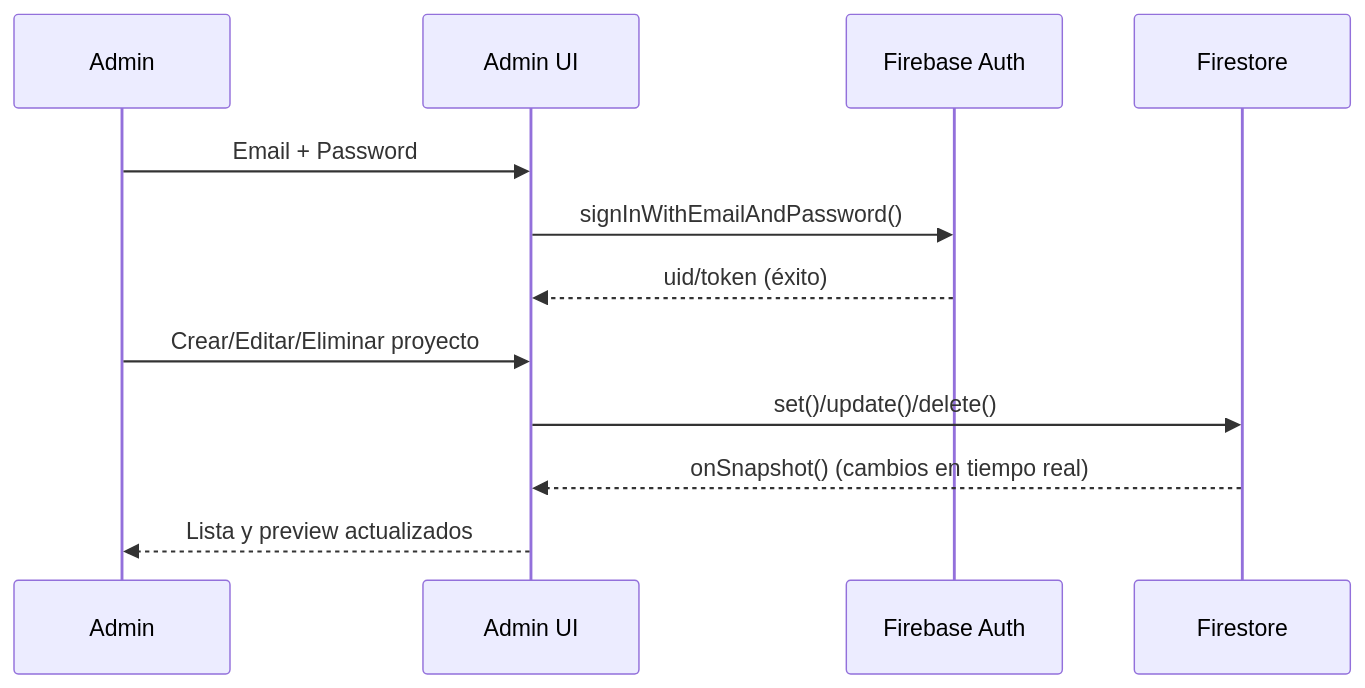
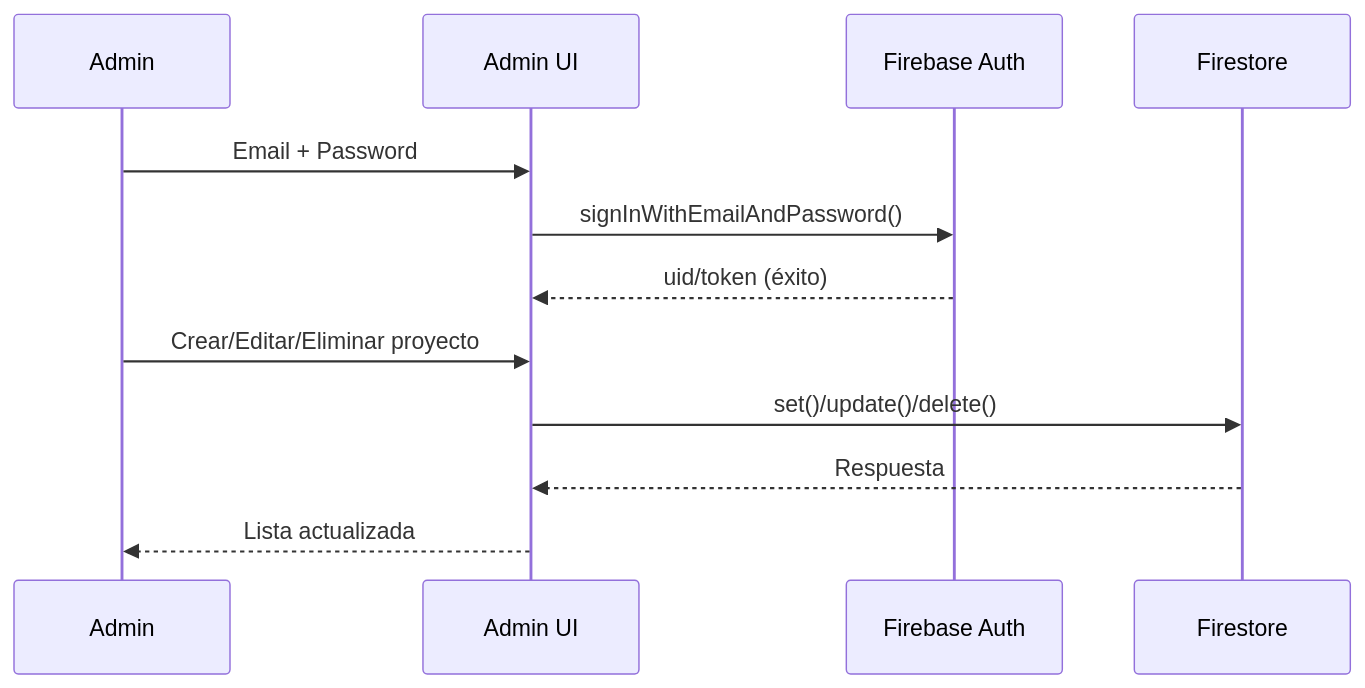
One commit to Jhormancastella/Mis-webs changed the second of 4 diagrams in README.md. Above: the diagram before and after it, drawn with Mermaid. The commit also changed other lines of this file, not shown here.

````diff
--- a/README.md
+++ b/README.md
@@ -166,15 +60,15 @@
 ```mermaid
 sequenceDiagram
   participant A as Admin
   participant UI as Admin UI
   participant Auth as Firebase Auth
   participant DB as Firestore
 
   A->>UI: Email + Password
   UI->>Auth: signInWithEmailAndPassword()
   Auth-->>UI: uid/token (éxito)
   A->>UI: Crear/Editar/Eliminar proyecto
   UI->>DB: set()/update()/delete()
-  DB-->>UI: onSnapshot() (cambios en tiempo real)
-  UI-->>A: Lista y preview actualizados
+  DB-->>UI: Respuesta
+  UI-->>A: Lista actualizada
 ```
````
